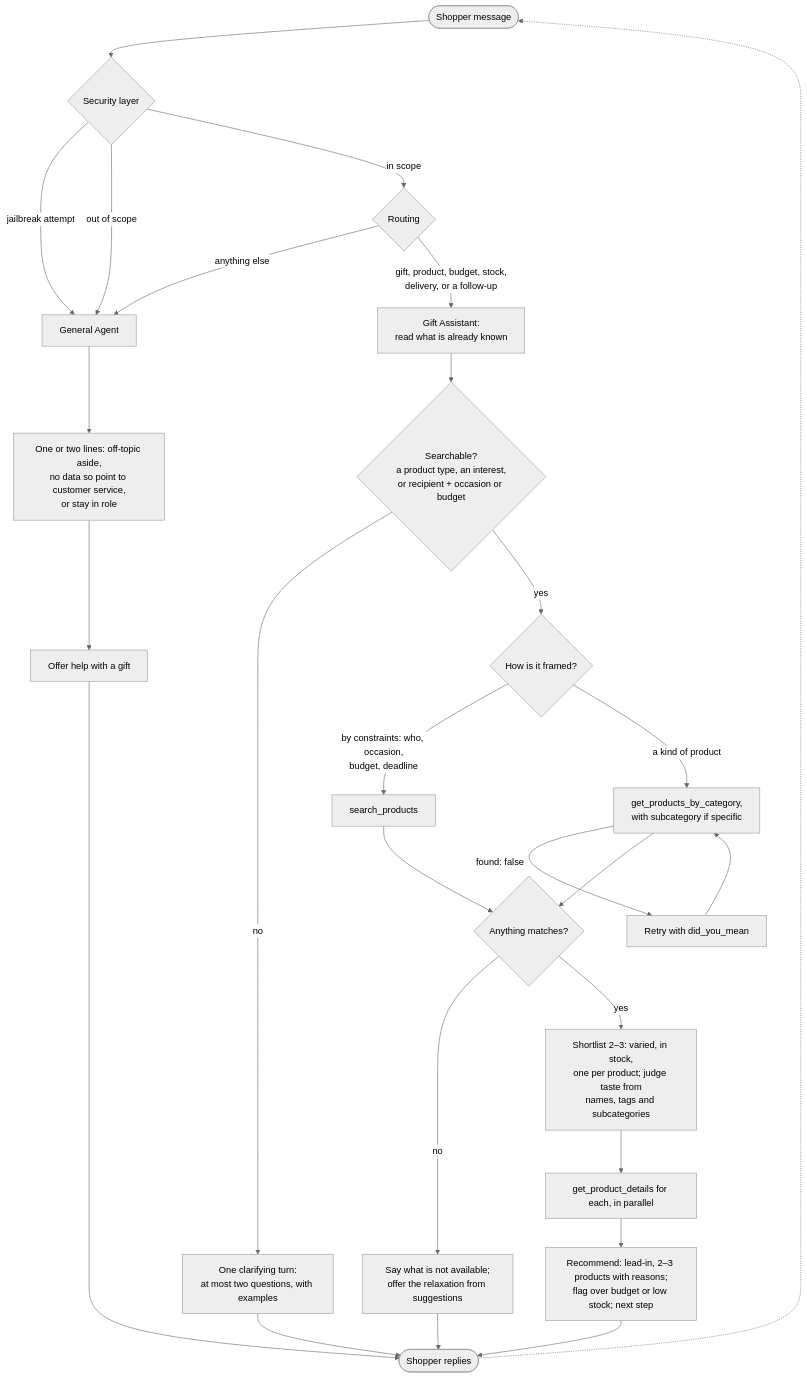
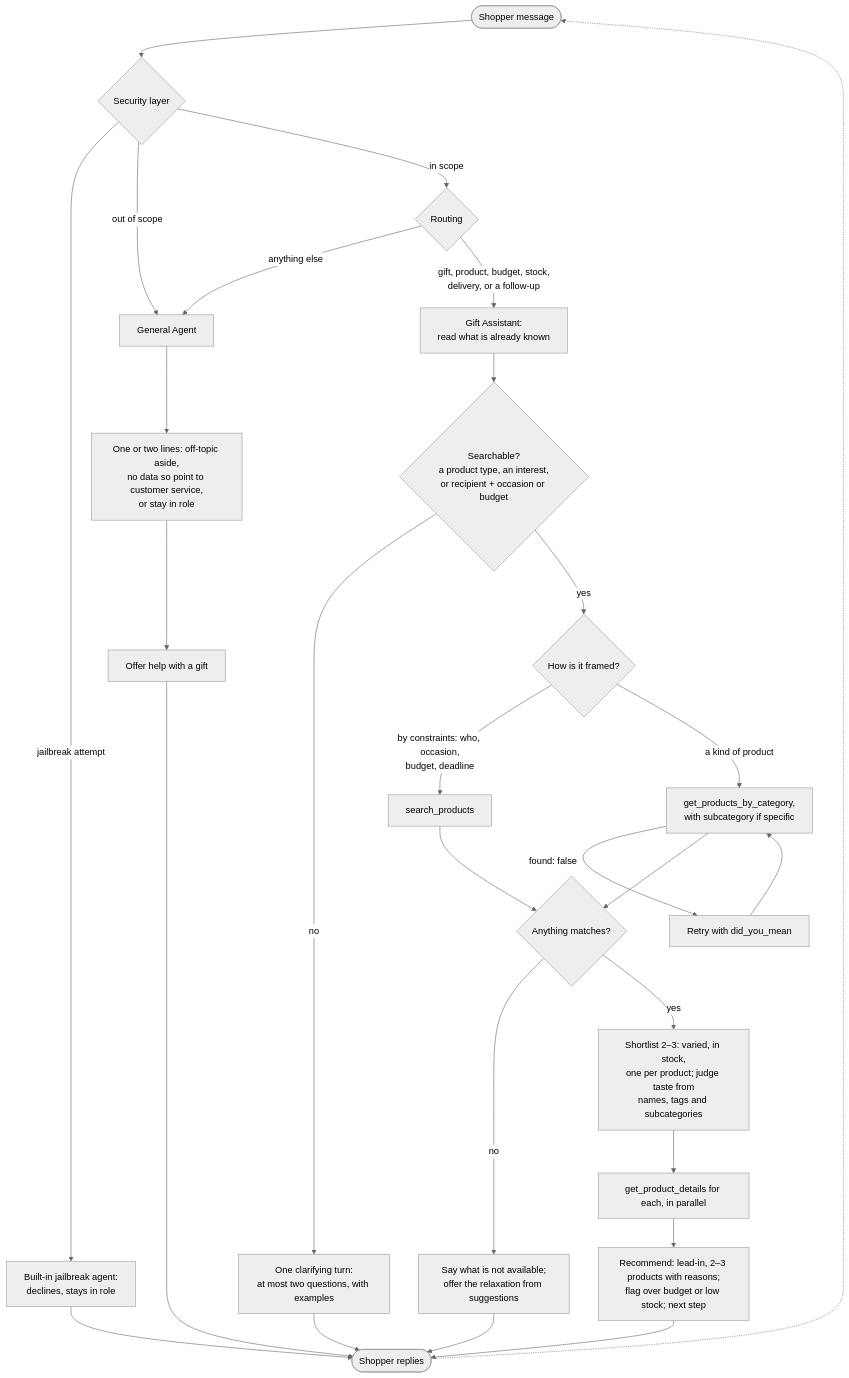
One commit to Kromha-ai/indigo-test changed the diagram in docs/specs/AGENT_SPEC.md. Above: the diagram before and after it, drawn with Mermaid (neutral theme). The commit also changed other lines of this file and 5 other files, not shown here.

````diff
--- a/docs/specs/AGENT_SPEC.md
+++ b/docs/specs/AGENT_SPEC.md
@@ -106,25 +107,26 @@
 ```mermaid
 flowchart TD
     MSG([Shopper message]) --> SEC{Security layer}
-    SEC -- "jailbreak attempt" --> GEN
+    SEC -- "jailbreak attempt" --> JB[Built-in jailbreak agent:<br/>declines, stays in role]
+    JB --> NEXT
     SEC -- "out of scope" --> GEN
     SEC -- "in scope" --> ROUTE{Routing}
     ROUTE -- "anything else" --> GEN[General Agent]
     GEN --> GENR["One or two lines: off-topic aside,<br/>no data so point to customer service,<br/>or stay in role"]
     GENR --> OFFER[Offer help with a gift] --> NEXT
 
     ROUTE -- "gift, product, budget, stock,<br/>delivery, or a follow-up" --> READ[Gift Assistant:<br/>read what is already known]
     READ --> SEARCHABLE{"Searchable?<br/>a product type, an interest,<br/>or recipient + occasion or budget"}
     SEARCHABLE -- "no" --> ASK["One clarifying turn:<br/>at most two questions, with examples"] --> NEXT
     SEARCHABLE -- "yes" --> FRAMED{How is it framed?}
     FRAMED -- "by constraints: who, occasion,<br/>budget, deadline" --> SEARCH[search_products]
     FRAMED -- "a kind of product" --> BROWSE[get_products_by_category,<br/>with subcategory if specific]
     BROWSE -- "found: false" --> RETRY[Retry with did_you_mean] --> BROWSE
     SEARCH --> RESULTS{Anything matches?}
     BROWSE --> RESULTS
     RESULTS -- "no" --> RELAX["Say what is not available;<br/>offer the relaxation from suggestions"] --> NEXT
     RESULTS -- "yes" --> SHORT["Shortlist 2–3: varied, in stock,<br/>one per product; judge taste from<br/>names, tags and subcategories"]
     SHORT --> DETAILS[get_product_details for each, in parallel]
     DETAILS --> RECOMMEND["Recommend: lead-in, 2–3 products with reasons;<br/>flag over budget or low stock; next step"] --> NEXT
     NEXT([Shopper replies]) -.-> MSG
 ```
````
